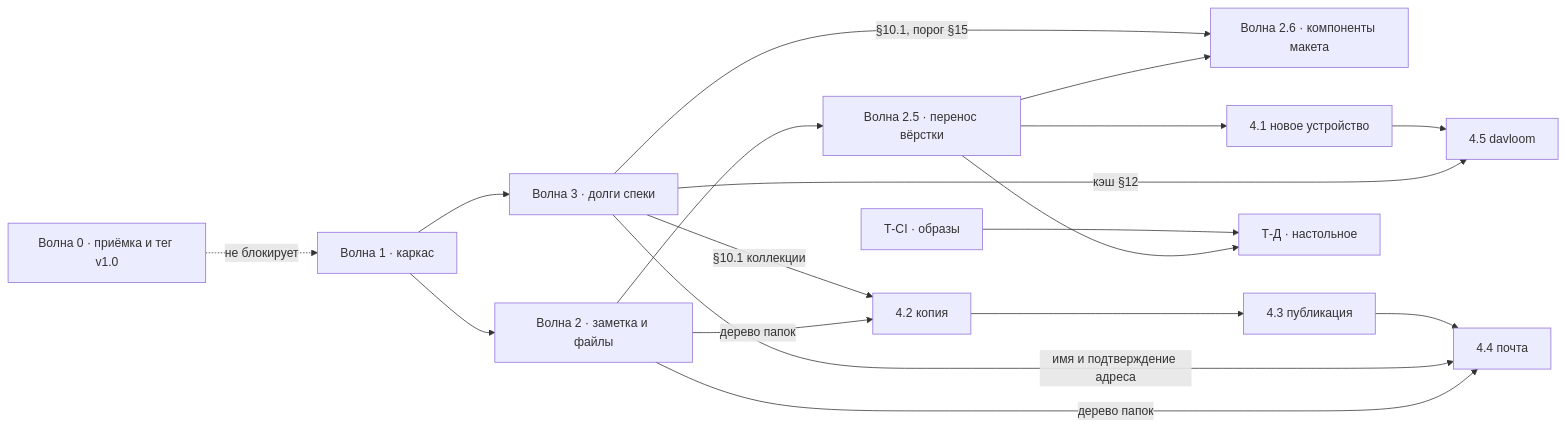
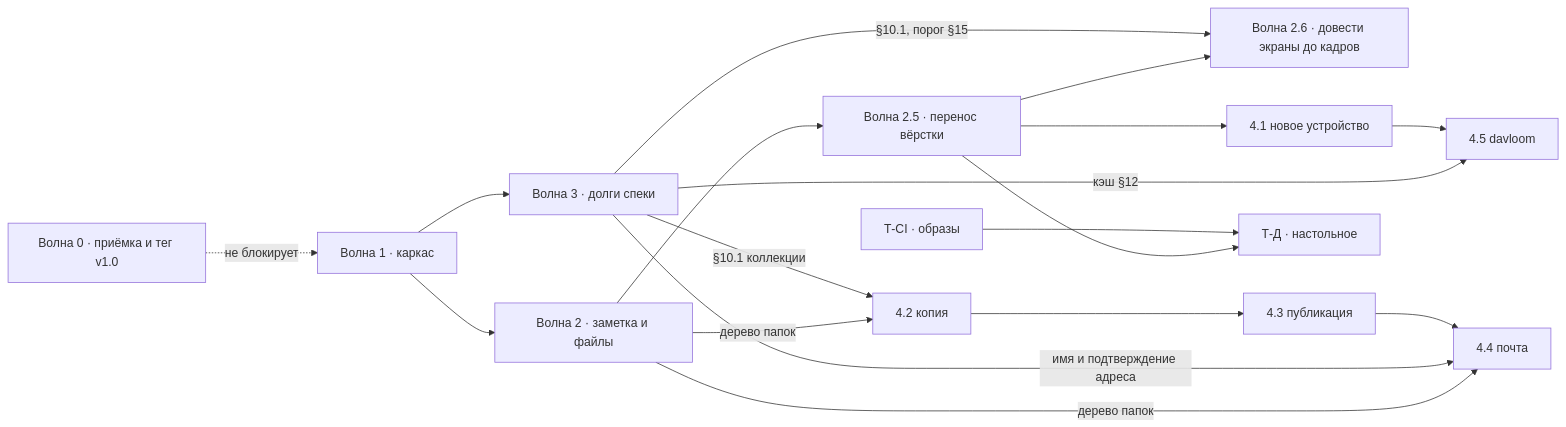
The diagram in docs/plans/global-plan.md (mixeme/carrel), drawn with Mermaid before and after one commit. The commit also changed other lines of this file and 2 other files, not shown here.

````diff
--- a/docs/plans/global-plan.md
+++ b/docs/plans/global-plan.md
@@ -53,22 +53,22 @@
 ```mermaid
 flowchart LR
   W0["Волна 0 · приёмка и тег v1.0"]
   W1["Волна 1 · каркас"]
   W0 -. "не блокирует" .-> W1
   W1 --> W2["Волна 2 · заметка и файлы"]
   W2 --> W25["Волна 2.5 · перенос вёрстки"]
-  W25 --> W26["Волна 2.6 · компоненты макета"]
+  W25 --> W26["Волна 2.6 · довести экраны до кадров"]
   W1 --> W3["Волна 3 · долги спеки"]
   W3 -->|"§10.1, порог §15"| W26
   W2 -->|"дерево папок"| F2["4.2 копия"]
   W2 -->|"дерево папок"| F4["4.4 почта"]
   W3 -->|"§10.1 коллекции"| F2
   W3 -->|"кэш §12"| F5["4.5 davloom"]
   W3 -->|"имя и подтверждение адреса"| F4
   F1["4.1 новое устройство"] --> F5
   W25 --> F1
   F3["4.3 публикация"] --> F4
   F2 --> F3
   W25 --> TD["Т-Д · настольное"]
   TCI["Т-CI · образы"] --> TD
 ```
````
